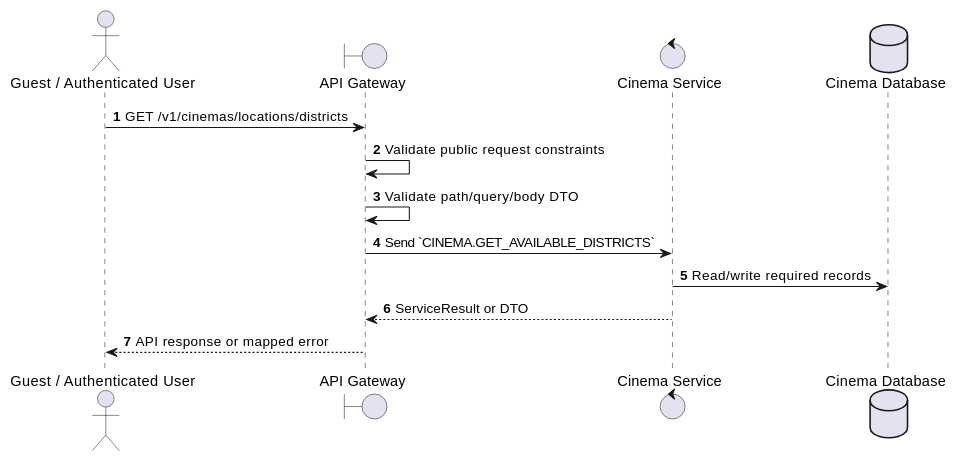
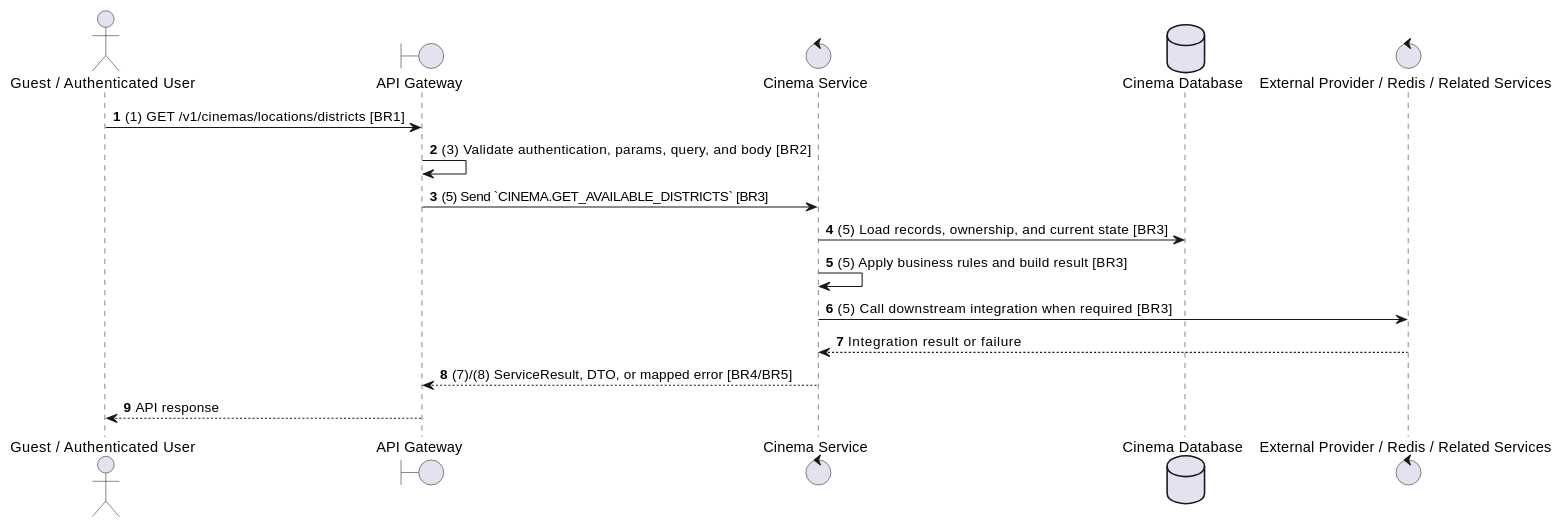
The second of 2 diagrams in docs/functional_specs/3.2.1_Cinema_Management/CM-10_Get_Available_Districts.md (Tanh1603/movie-hub-architecture), drawn with PlantUML before and after one commit. The commit also changed other lines of this file and 129 other files, not shown here.

````diff
--- a/docs/functional_specs/3.2.1_Cinema_Management/CM-10_Get_Available_Districts.md
+++ b/docs/functional_specs/3.2.1_Cinema_Management/CM-10_Get_Available_Districts.md
@@ -17,17 +64,20 @@
 ```plantuml
 @startuml
 autonumber
 actor "Guest / Authenticated User" as Actor
 boundary "API Gateway" as GW
 control "Cinema Service" as SVC
 database "Cinema Database" as DB
+control "External Provider / Redis / Related Services" as EXT
 
-Actor -> GW: GET /v1/cinemas/locations/districts
-GW -> GW: Validate public request constraints
-GW -> GW: Validate path/query/body DTO
-GW -> SVC: Send `CINEMA.GET_AVAILABLE_DISTRICTS`
-SVC -> DB: Read/write required records
-SVC --> GW: ServiceResult or DTO
-GW --> Actor: API response or mapped error
+Actor -> GW: (1) GET /v1/cinemas/locations/districts [BR1]
+GW -> GW: (3) Validate authentication, params, query, and body [BR2]
+GW -> SVC: (5) Send `CINEMA.GET_AVAILABLE_DISTRICTS` [BR3]
+SVC -> DB: (5) Load records, ownership, and current state [BR3]
+SVC -> SVC: (5) Apply business rules and build result [BR3]
+SVC -> EXT: (5) Call downstream integration when required [BR3]
+EXT --> SVC: Integration result or failure
+SVC --> GW: (7)/(8) ServiceResult, DTO, or mapped error [BR4/BR5]
+GW --> Actor: API response
 @enduml
 ```
````
